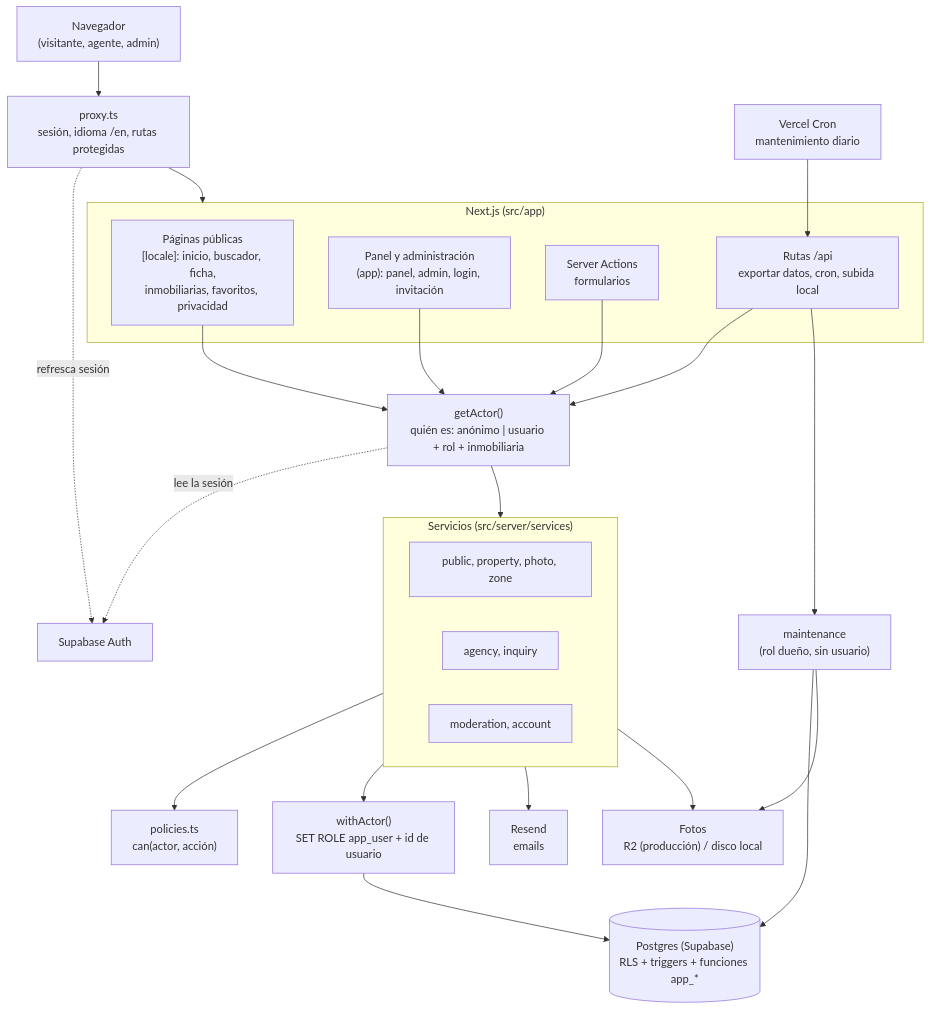
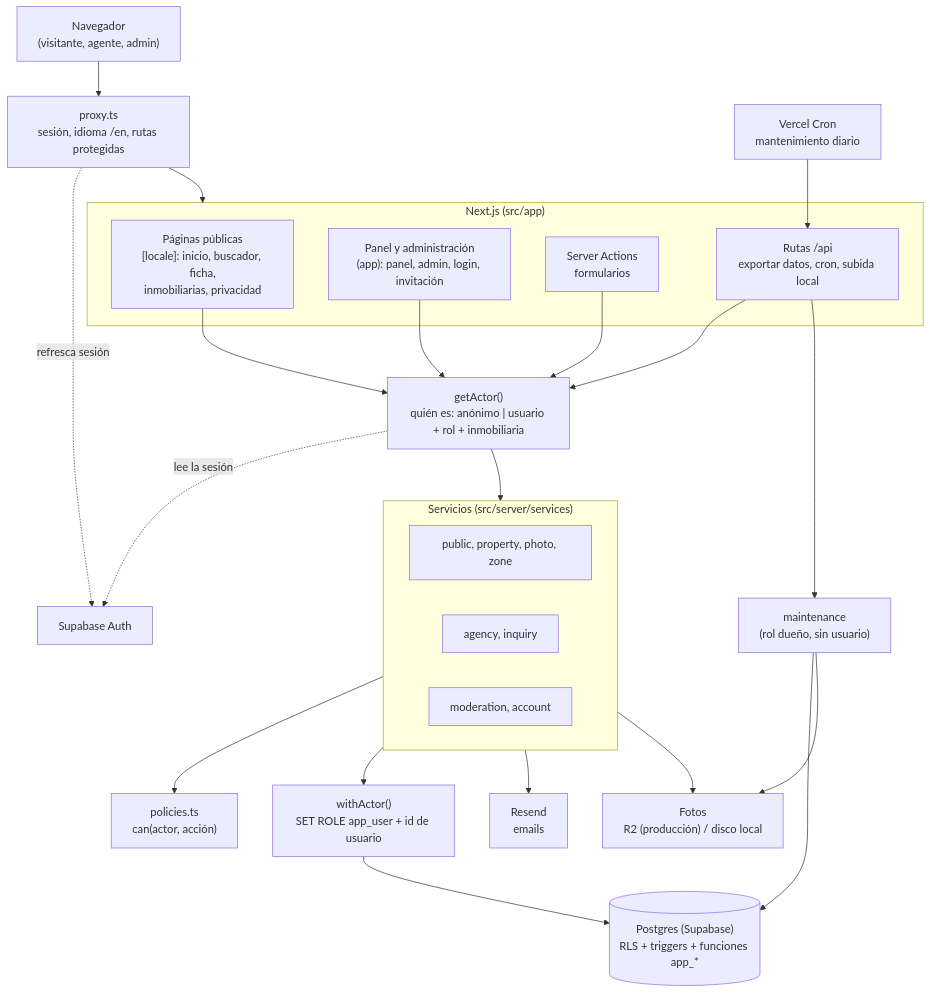
One commit to valeriadelrio/portal-inmobiliario changed the second of 15 diagrams in docs/diagramas.md. Above: the diagram before and after it, drawn with Mermaid. The commit also changed other lines of this file and 17 other files, not shown here.

````diff
--- a/docs/diagramas.md
+++ b/docs/diagramas.md
@@ -112,40 +112,40 @@
 ```mermaid
 flowchart TB
   nav["Navegador<br/>(visitante, agente, admin)"]
   proxy["proxy.ts<br/>sesión, idioma /en, rutas protegidas"]
   subgraph app["Next.js (src/app)"]
-    pub["Páginas públicas<br/>[locale]: inicio, buscador, ficha,<br/>inmobiliarias, favoritos, privacidad"]
+    pub["Páginas públicas<br/>[locale]: inicio, buscador, ficha,<br/>inmobiliarias, privacidad"]
     panel["Panel y administración<br/>(app): panel, admin, login, invitación"]
     actions["Server Actions<br/>formularios"]
     routes["Rutas /api<br/>exportar datos, cron, subida local"]
   end
   actor["getActor()<br/>quién es: anónimo | usuario + rol + inmobiliaria"]
   policies["policies.ts<br/>can(actor, acción)"]
   subgraph svc["Servicios (src/server/services)"]
     s1["public, property, photo, zone"]
     s2["agency, inquiry"]
     s3["moderation, account"]
   end
   withactor["withActor()<br/>SET ROLE app_user + id de usuario"]
   db[("Postgres (Supabase)<br/>RLS + triggers + funciones app_*")]
   auth["Supabase Auth"]
   email["Resend<br/>emails"]
   storage["Fotos<br/>R2 (producción) / disco local"]
   cron["Vercel Cron<br/>mantenimiento diario"]
   maint["maintenance<br/>(rol dueño, sin usuario)"]
 
   nav --> proxy --> app
   proxy -. "refresca sesión" .-> auth
   pub --> actor
   panel --> actor
   actions --> actor
   routes --> actor
   actor -. "lee la sesión" .-> auth
   actor --> svc
   svc --> policies
   svc --> withactor --> db
   svc --> email
   svc --> storage
   cron --> routes --> maint --> db
   maint --> storage
 ```
````
